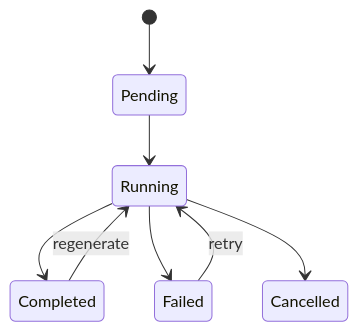
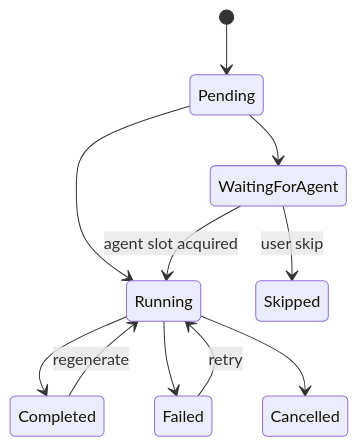
The first of 2 diagrams in docs/architecture/meeting/meeting-timeline-realtime.md (LunaDeerTech/agenteam), drawn with Mermaid before and after one commit. The commit also changed other lines of this file and 11 other files, not shown here.

````diff
--- a/docs/architecture/meeting/meeting-timeline-realtime.md
+++ b/docs/architecture/meeting/meeting-timeline-realtime.md
@@ -144,10 +148,13 @@
 ```mermaid
 stateDiagram-v2
     [*] --> Pending
+    Pending --> WaitingForAgent
     Pending --> Running
+    WaitingForAgent --> Running: agent slot acquired
+    WaitingForAgent --> Skipped: user skip
     Running --> Completed
     Running --> Failed
     Running --> Cancelled
     Failed --> Running: retry
     Completed --> Running: regenerate
 ```
````
